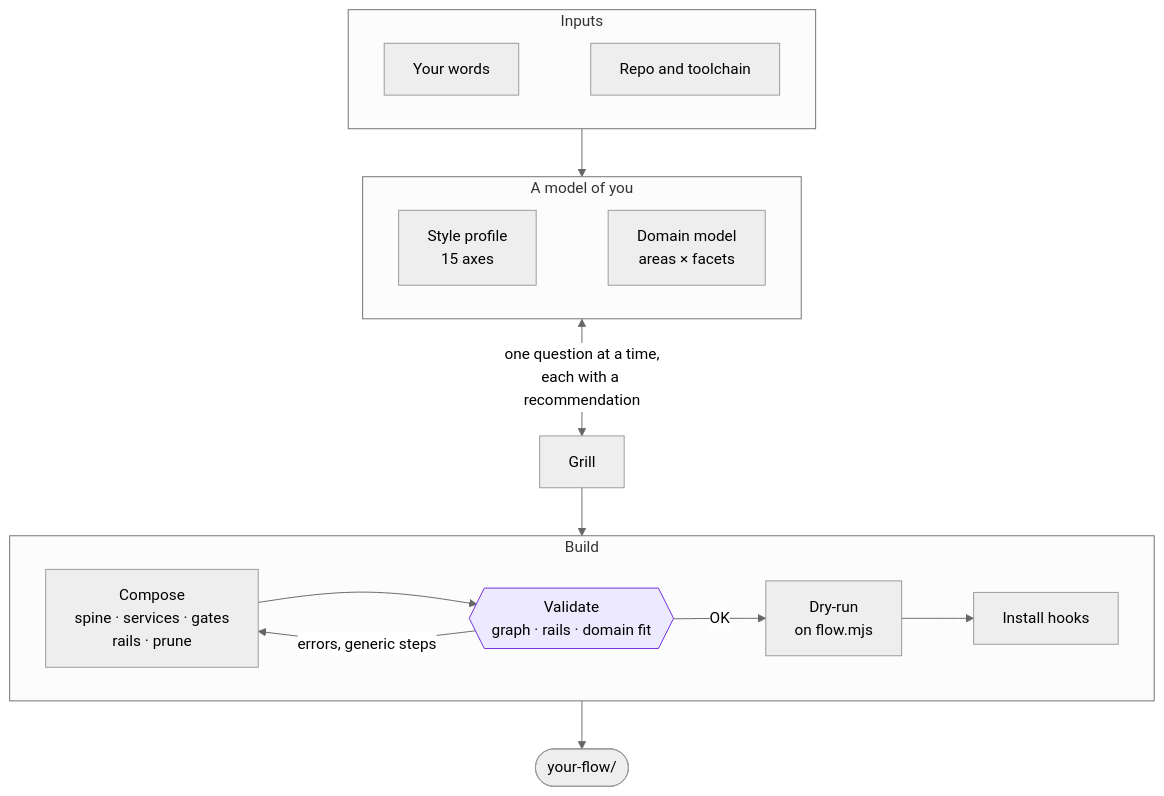
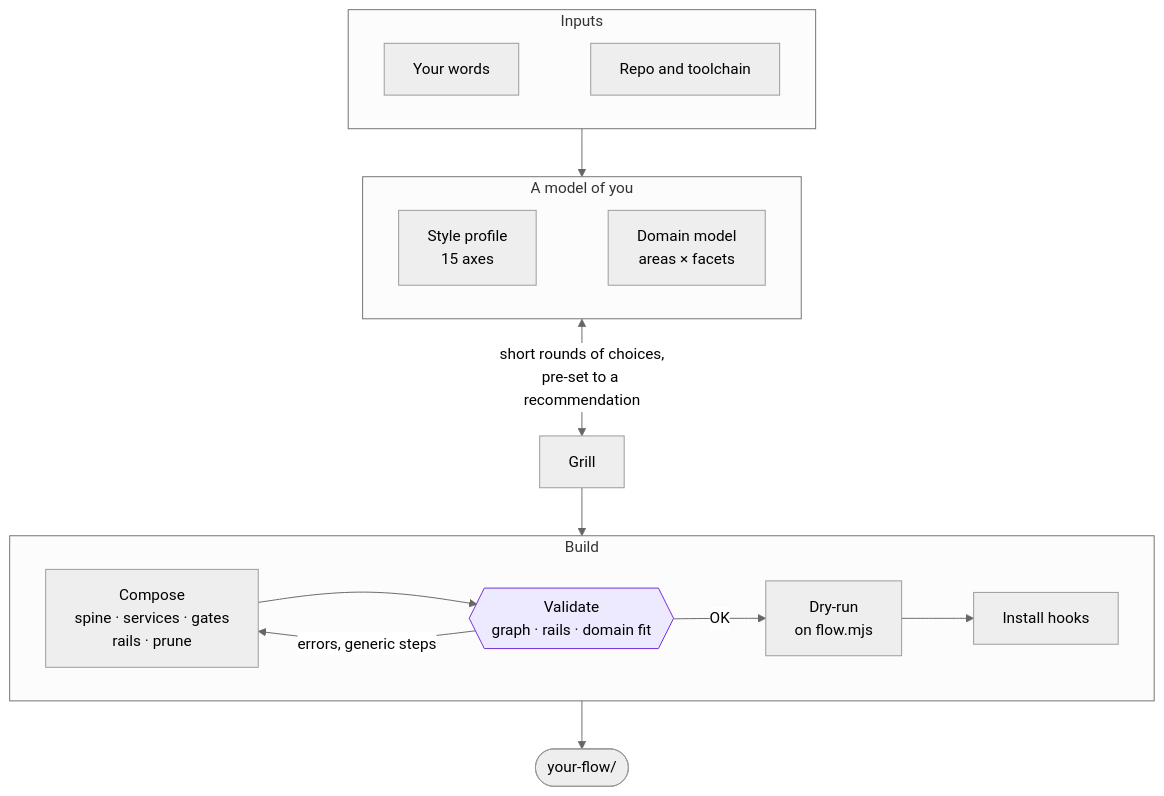
One commit to zwire/vajra changed the fifth of 6 diagrams in README.md. Above: the diagram before and after it, drawn with Mermaid (neutral theme). The commit also changed other lines of this file and 7 other files, not shown here.

First line of the commit message:
Make the consult grilling light: rounds of preset choices on the lightest surface

````diff
--- a/README.md
+++ b/README.md
@@ -284,23 +284,23 @@
 ```mermaid
 flowchart TB
   subgraph inputs ["Inputs"]
     direction LR
     D["Your words"] ~~~ R["Repo and toolchain"]
   end
   subgraph model ["A model of you"]
     direction LR
     P["Style profile<br/>15 axes"] ~~~ DM["Domain model<br/>areas × facets"]
   end
   inputs --> model
-  model <-- "one question at a time,<br/>each with a recommendation" --> G["Grill"]
+  model <-- "short rounds of choices,<br/>pre-set to a recommendation" --> G["Grill"]
   G --> C
   subgraph build ["Build"]
     direction LR
     C["Compose<br/>spine · services · gates<br/>rails · prune"] --> V{{"Validate<br/>graph · rails · domain fit"}}
     V -- "errors, generic steps" --> C
     V -- "OK" --> DR["Dry-run<br/>on flow.mjs"] --> I["Install hooks"]
   end
   I --> S(["your-flow/"])
   classDef gate fill:#ede9fe,stroke:#6d28d9,color:#000
   class V gate
 ```
````
